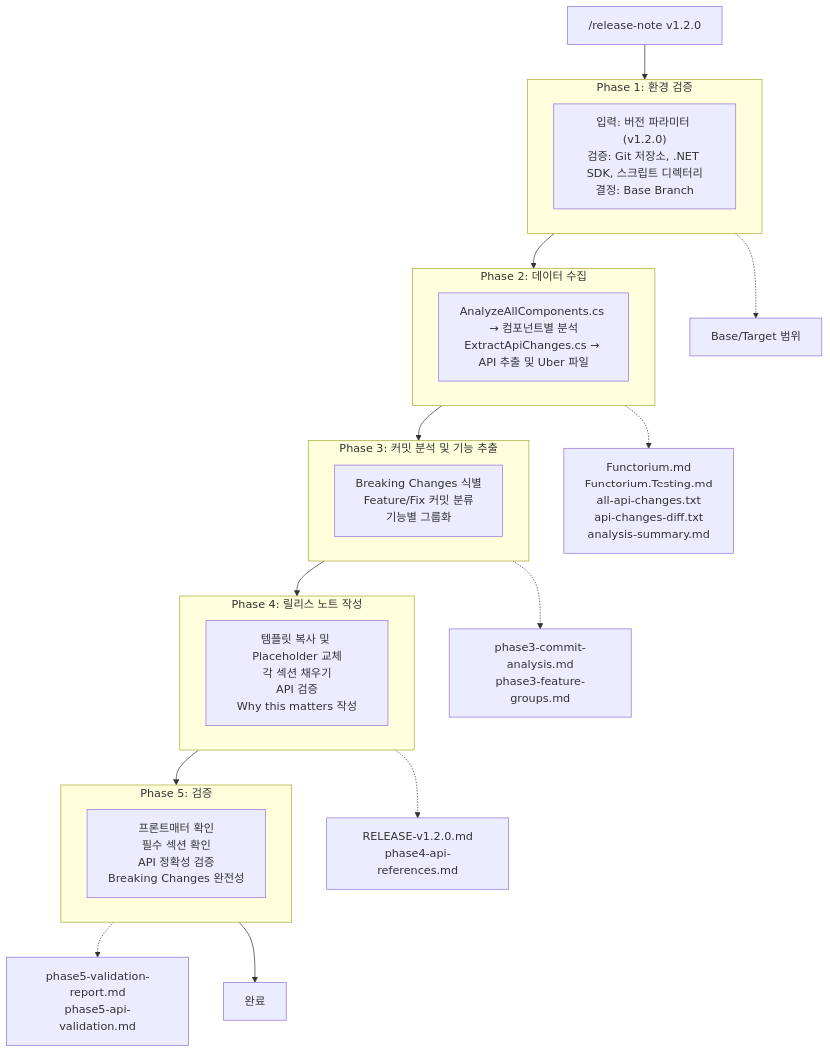
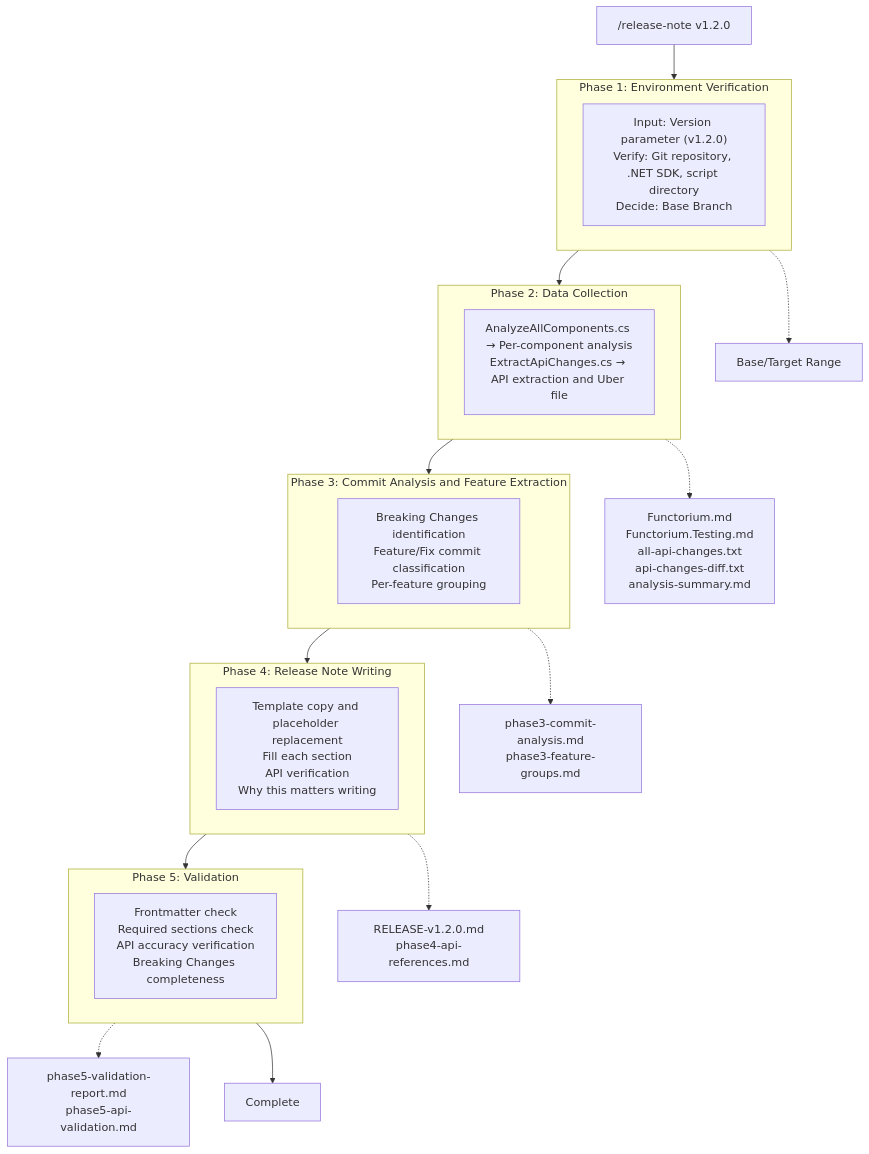
The second of 2 diagrams in Docs.Site/src/content/docs/tutorials/release-notes-claude/part3-workflow/00-overview.md (hhko/Functorium), drawn with Mermaid before and after one commit. The commit also changed other lines of this file and 25 other files, not shown here.

````diff
--- a/Docs.Site/src/content/docs/tutorials/release-notes-claude/part3-workflow/00-overview.md
+++ b/Docs.Site/src/content/docs/tutorials/release-notes-claude/part3-workflow/00-overview.md
@@ -48,31 +48,31 @@
 ```mermaid
 flowchart TB
   Input["/release-note v1.2.0"]
 
-  subgraph Ph1["Phase 1: 환경 검증"]
-    Ph1_Work["입력: 버전 파라미터 (v1.2.0)<br/>검증: Git 저장소, .NET SDK, 스크립트 디렉터리<br/>결정: Base Branch"]
+  subgraph Ph1["Phase 1: Environment Verification"]
+    Ph1_Work["Input: Version parameter (v1.2.0)<br/>Verify: Git repository, .NET SDK, script directory<br/>Decide: Base Branch"]
   end
-  Ph1 -.-> Ph1_Out["Base/Target 범위"]
+  Ph1 -.-> Ph1_Out["Base/Target Range"]
 
-  subgraph Ph2["Phase 2: 데이터 수집"]
-    Ph2_Work["AnalyzeAllComponents.cs → 컴포넌트별 분석<br/>ExtractApiChanges.cs → API 추출 및 Uber 파일"]
+  subgraph Ph2["Phase 2: Data Collection"]
+    Ph2_Work["AnalyzeAllComponents.cs → Per-component analysis<br/>ExtractApiChanges.cs → API extraction and Uber file"]
   end
   Ph2 -.-> Ph2_Out["Functorium.md<br/>Functorium.Testing.md<br/>all-api-changes.txt<br/>api-changes-diff.txt<br/>analysis-summary.md"]
 
-  subgraph Ph3["Phase 3: 커밋 분석 및 기능 추출"]
-    Ph3_Work["Breaking Changes 식별<br/>Feature/Fix 커밋 분류<br/>기능별 그룹화"]
+  subgraph Ph3["Phase 3: Commit Analysis and Feature Extraction"]
+    Ph3_Work["Breaking Changes identification<br/>Feature/Fix commit classification<br/>Per-feature grouping"]
   end
   Ph3 -.-> Ph3_Out["phase3-commit-analysis.md<br/>phase3-feature-groups.md"]
 
-  subgraph Ph4["Phase 4: 릴리스 노트 작성"]
-    Ph4_Work["템플릿 복사 및 Placeholder 교체<br/>각 섹션 채우기<br/>API 검증<br/>Why this matters 작성"]
+  subgraph Ph4["Phase 4: Release Note Writing"]
+    Ph4_Work["Template copy and placeholder replacement<br/>Fill each section<br/>API verification<br/>Why this matters writing"]
   end
   Ph4 -.-> Ph4_Out["RELEASE-v1.2.0.md<br/>phase4-api-references.md"]
 
-  subgraph Ph5["Phase 5: 검증"]
-    Ph5_Work["프론트매터 확인<br/>필수 섹션 확인<br/>API 정확성 검증<br/>Breaking Changes 완전성"]
+  subgraph Ph5["Phase 5: Validation"]
+    Ph5_Work["Frontmatter check<br/>Required sections check<br/>API accuracy verification<br/>Breaking Changes completeness"]
   end
   Ph5 -.-> Ph5_Out["phase5-validation-report.md<br/>phase5-api-validation.md"]
 
-  Input --> Ph1 --> Ph2 --> Ph3 --> Ph4 --> Ph5 --> Done["완료"]
+  Input --> Ph1 --> Ph2 --> Ph3 --> Ph4 --> Ph5 --> Done["Complete"]
 ```
````
